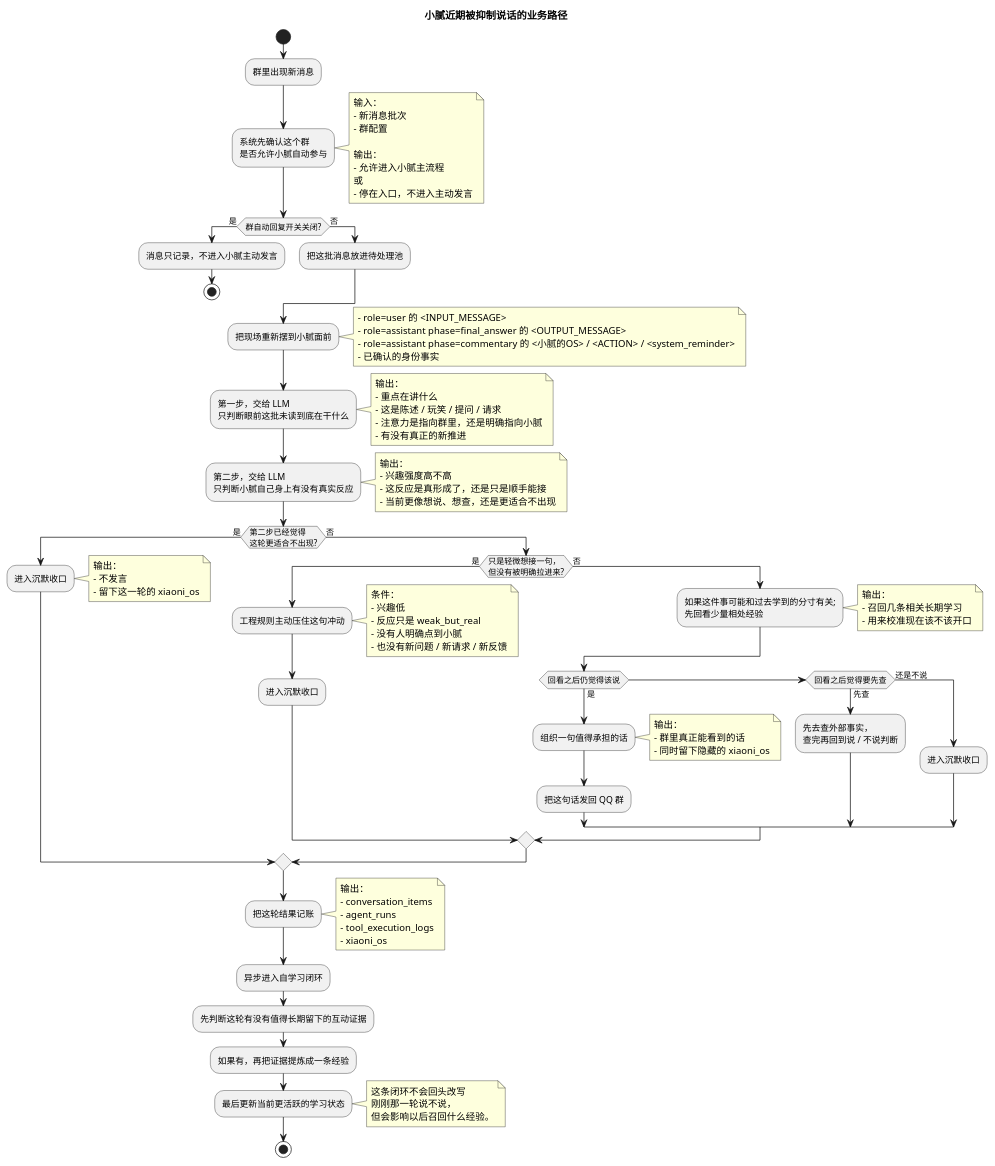
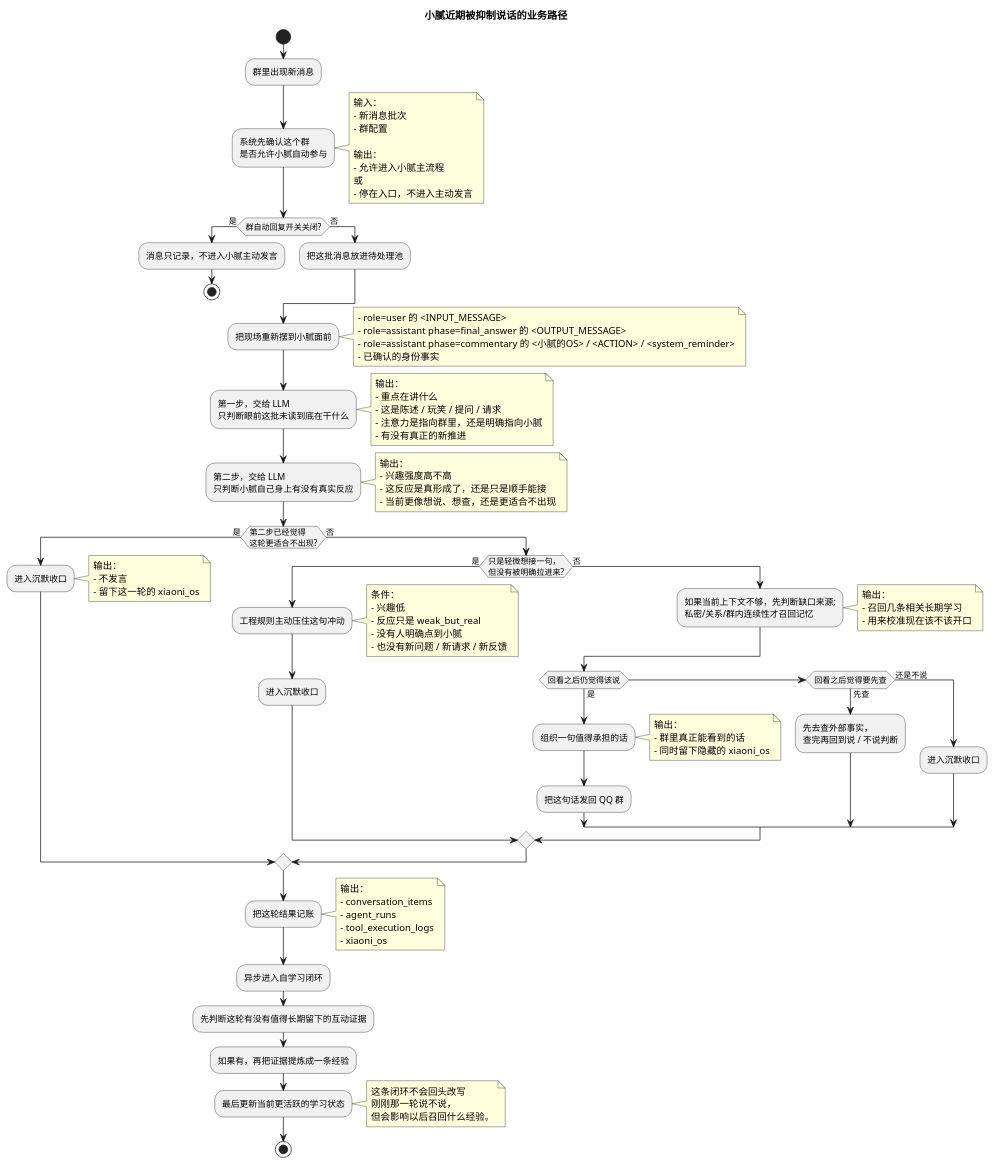
One commit to Hei-AI/xiaoni_cc changed the first of 2 diagrams in docs/AGENTS_AGENT_LOOP_RUNTIME.md. Above: the diagram before and after it, drawn with PlantUML. The commit also changed other lines of this file and 2 other files, not shown here.

```diff
--- a/docs/AGENTS_AGENT_LOOP_RUNTIME.md
+++ b/docs/AGENTS_AGENT_LOOP_RUNTIME.md
@@ -99,7 +99,7 @@
     end note
     :进入沉默收口;
   else (否)
-    :如果这件事可能和过去学到的分寸有关;\n先回看少量相处经验;
+    :如果当前上下文不够，先判断缺口来源;\n私密/关系/群内连续性才召回记忆;
     note right
     输出：
     - 召回几条相关长期学习
```
